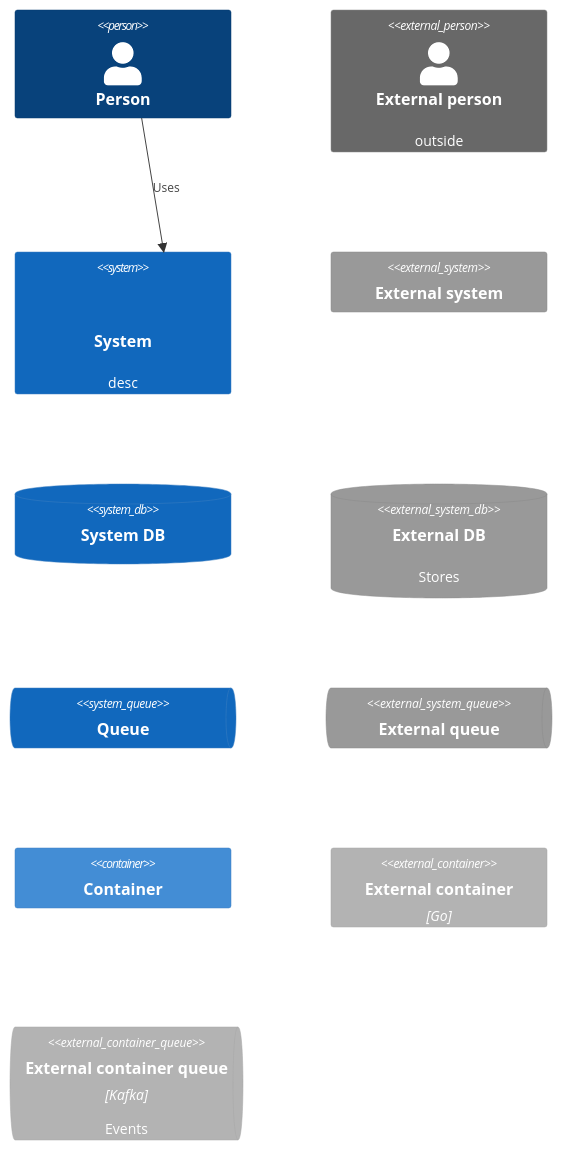
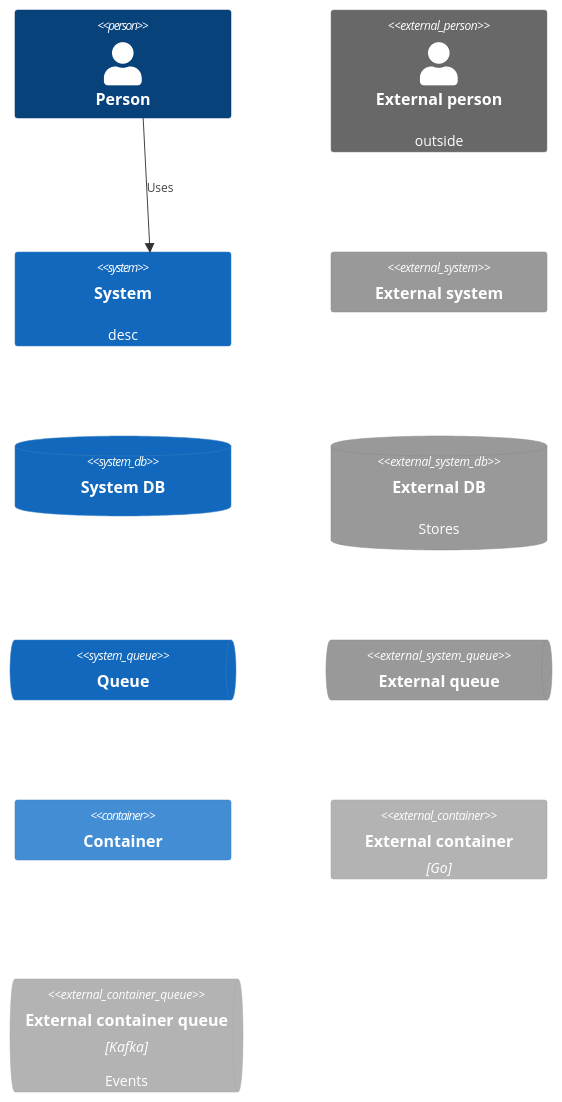
Before and after one commit to muirjc/canvas: the diagram in packages/diagram-core/corpus/cases/c4-system-matrix/expected/portable.mmd, drawn with Mermaid. The commit also changed 98 other files, not shown here.

First line of the commit message:
feat: Mermaid export always in Canvas's form, checked in real Mermaid in CI (canvas-8ucs) (#330)

```diff
--- a/packages/diagram-core/corpus/cases/c4-system-matrix/expected/portable.mmd
+++ b/packages/diagram-core/corpus/cases/c4-system-matrix/expected/portable.mmd
@@ -1,13 +1,13 @@
 C4Context
-  Person(p, "Person")
-  Person_Ext(px, "External person", "outside")
-  System(s, "System", "desc", "sprite-ignored", "tag-ignored")
-  System_Ext(sx, "External system")
-  SystemDb(sd, "System DB")
-  SystemDb_Ext(sdx, "External DB", "Stores")
-  SystemQueue(sq, "Queue")
-  SystemQueue_Ext(sqx, "External queue")
-  Container(c, "Container")
-  Container_Ext(cx, "External container", "Go")
-  ContainerQueue_Ext(cqx, "External container queue", "Kafka", "Events")
-  Rel(p, s, "Uses")
+Person(p, "Person")
+Person_Ext(px, "External person", "outside")
+System(s, "System", "desc", $tags="tag-ignored")
+System_Ext(sx, "External system")
+SystemDb(sd, "System DB")
+SystemDb_Ext(sdx, "External DB", "Stores")
+SystemQueue(sq, "Queue")
+SystemQueue_Ext(sqx, "External queue")
+Container(c, "Container")
+Container_Ext(cx, "External container", "Go")
+ContainerQueue_Ext(cqx, "External container queue", "Kafka", "Events")
+Rel(p, s, "Uses")
```
